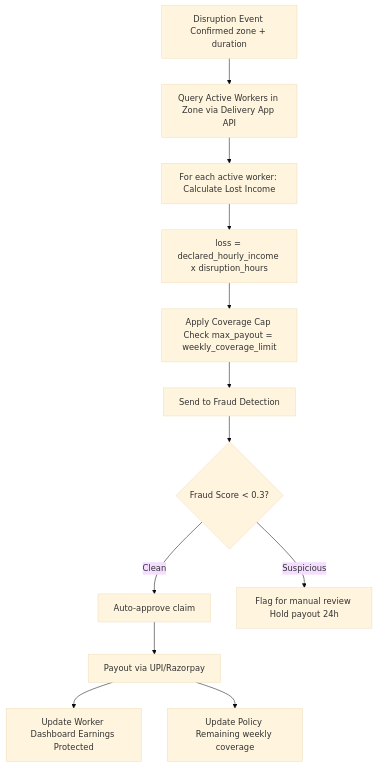
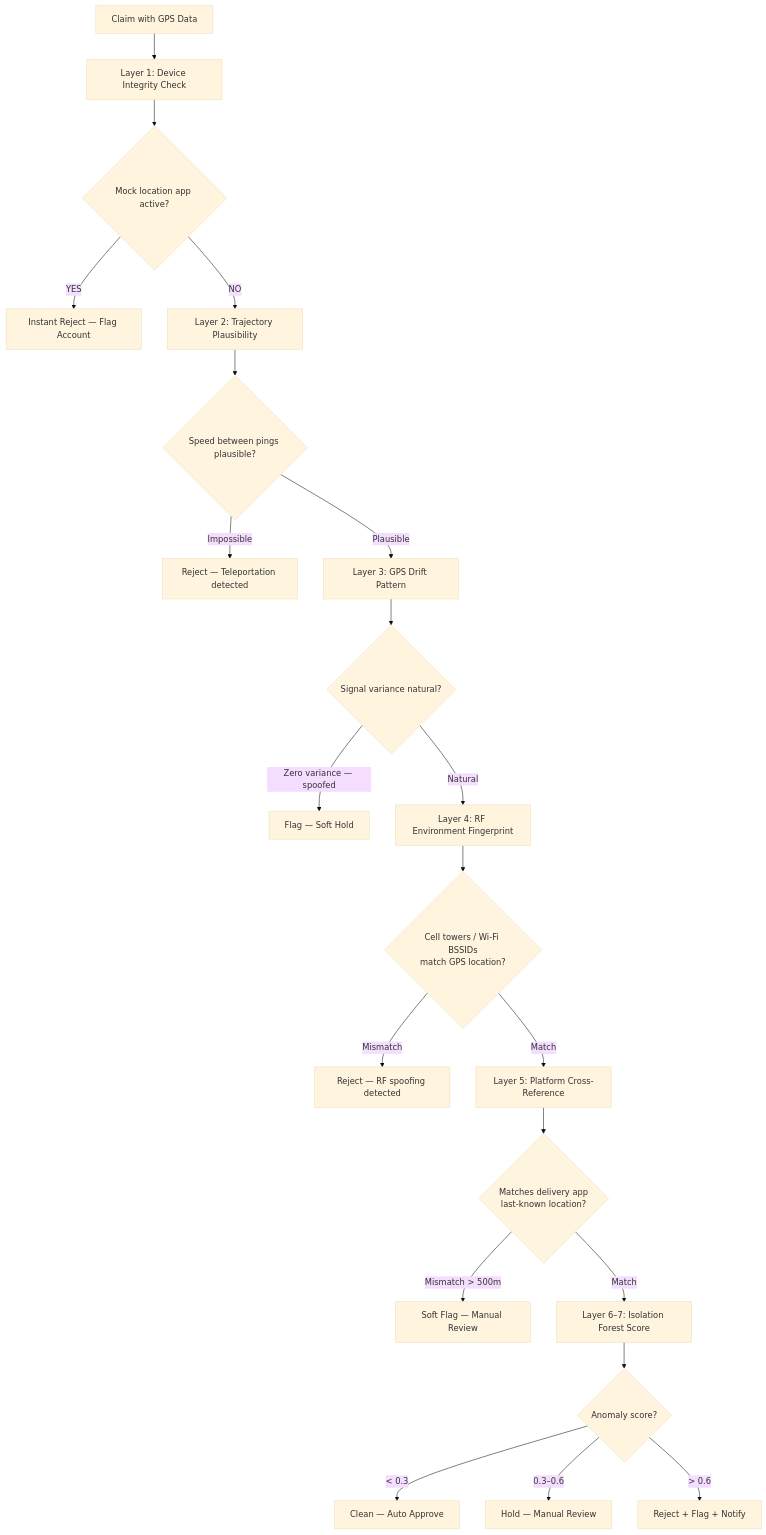
Before and after one commit to dhanushkrishnac7/GuideWire: the fourth of 5 diagrams in README.md, drawn with Mermaid (base theme). The commit also changed other lines of this file and 27 other files, not shown here.

````diff
--- a/README.md
+++ b/README.md
@@ -350,14 +526,23 @@
 ```mermaid
 flowchart TD
-    A[Disruption Event Confirmed zone + duration] --> B[Query Active Workers in Zone via Delivery App API]
-    B --> C[For each active worker: Calculate Lost Income]
-    C --> D[loss = declared_hourly_income x disruption_hours]
-    D --> E[Apply Coverage Cap Check max_payout = weekly_coverage_limit]
-    E --> F[Send to Fraud Detection]
-    F --> G{Fraud Score < 0.3?}
-    G -->|Clean| H[Auto-approve claim]
-    G -->|Suspicious| I[Flag for manual review Hold payout 24h]
-    H --> J[Payout via UPI/Razorpay]
-    J --> K[Update Worker Dashboard Earnings Protected]
-    J --> L[Update Policy Remaining weekly coverage]
+    A[Claim with GPS Data] --> B[Layer 1: Device Integrity Check]
+    B --> C{Mock location app active?}
+    C -->|YES| D[Instant Reject — Flag Account]
+    C -->|NO| E[Layer 2: Trajectory Plausibility]
+    E --> F{Speed between pings plausible?}
+    F -->|Impossible| G[Reject — Teleportation detected]
+    F -->|Plausible| H[Layer 3: GPS Drift Pattern]
+    H --> I{Signal variance natural?}
+    I -->|Zero variance — spoofed| J[Flag — Soft Hold]
+    I -->|Natural| K[Layer 4: RF Environment Fingerprint]
+    K --> L{Cell towers / Wi-Fi BSSIDs<br/>match GPS location?}
+    L -->|Mismatch| M[Reject — RF spoofing detected]
+    L -->|Match| N[Layer 5: Platform Cross-Reference]
+    N --> O{Matches delivery app<br/>last-known location?}
+    O -->|Mismatch > 500m| P[Soft Flag — Manual Review]
+    O -->|Match| Q[Layer 6–7: Isolation Forest Score]
+    Q --> R{Anomaly score?}
+    R -->|< 0.3| S[Clean — Auto Approve]
+    R -->|0.3–0.6| T[Hold — Manual Review]
+    R -->|> 0.6| U[Reject + Flag + Notify]
 ```
````
